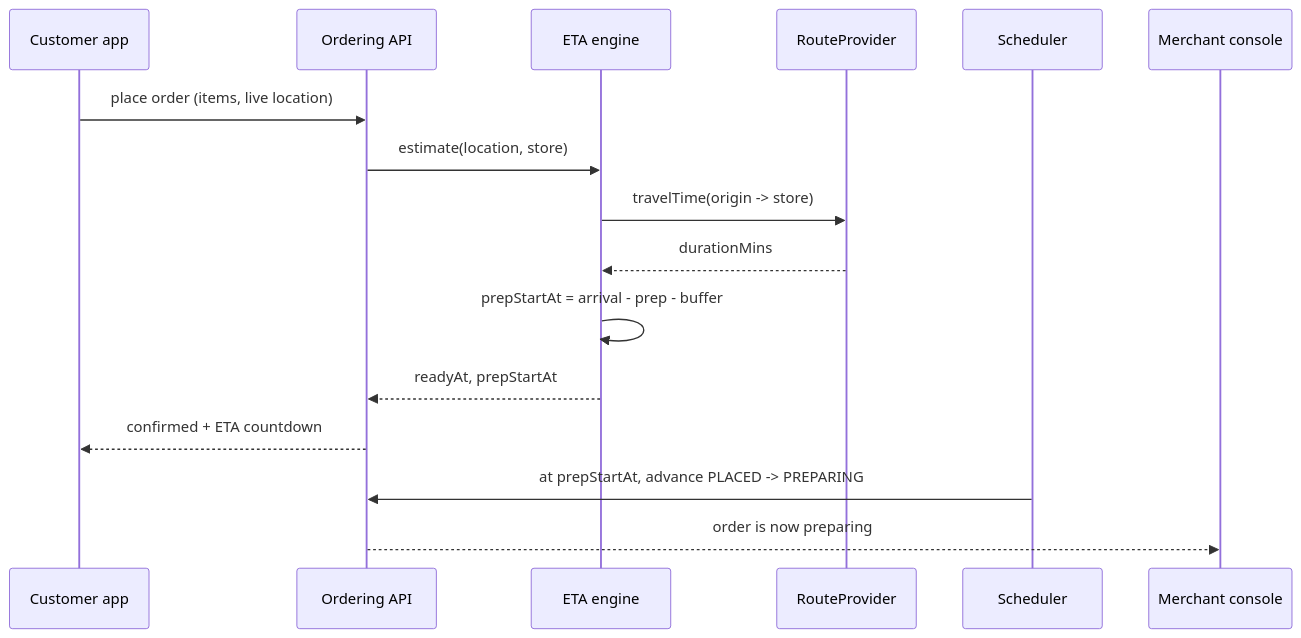
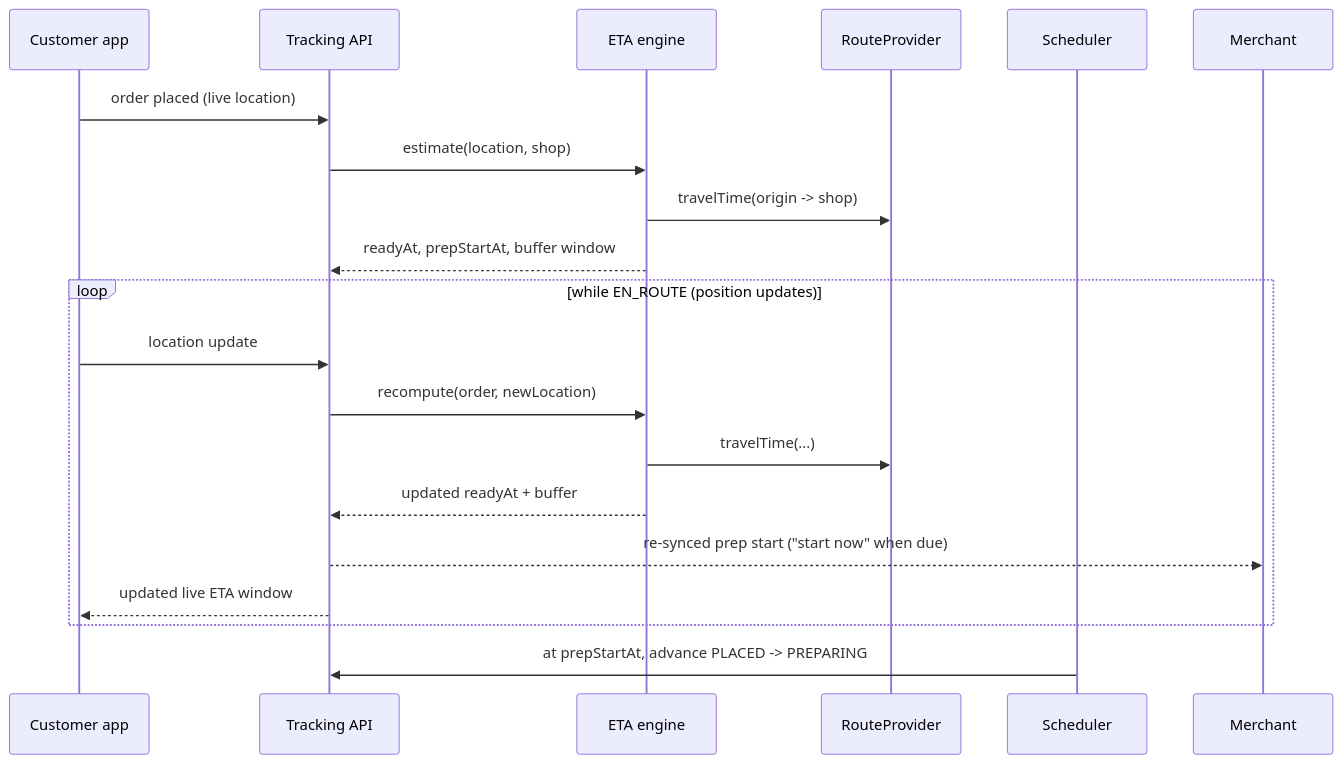
Before and after one commit to ManoharEldhandi/OnTheWay: the sixth of 10 diagrams in ARCHITECTURE.md, drawn with Mermaid. The commit also changed other lines of this file and 1 other file, not shown here.

First line of the commit message:
docs: re-plan as role-separated product (architecture v2 + new to-do)

````diff
--- a/ARCHITECTURE.md
+++ b/ARCHITECTURE.md
@@ -131,19 +200,23 @@
 ```mermaid
 sequenceDiagram
     participant C as Customer app
-    participant API as Ordering API
+    participant API as Tracking API
     participant ETA as ETA engine
     participant RP as RouteProvider
     participant SCH as Scheduler
-    participant M as Merchant console
+    participant M as Merchant
 
-    C->>API: place order (items, live location)
-    API->>ETA: estimate(location, store)
-    ETA->>RP: travelTime(origin -> store)
-    RP-->>ETA: durationMins
-    ETA->>ETA: prepStartAt = arrival - prep - buffer
-    ETA-->>API: readyAt, prepStartAt
-    API-->>C: confirmed + ETA countdown
+    C->>API: order placed (live location)
+    API->>ETA: estimate(location, shop)
+    ETA->>RP: travelTime(origin -> shop)
+    ETA-->>API: readyAt, prepStartAt, buffer window
+    loop while EN_ROUTE (position updates)
+      C->>API: location update
+      API->>ETA: recompute(order, newLocation)
+      ETA->>RP: travelTime(...)
+      ETA-->>API: updated readyAt + buffer
+      API-->>M: re-synced prep start ("start now" when due)
+      API-->>C: updated live ETA window
+    end
     SCH->>API: at prepStartAt, advance PLACED -> PREPARING
-    API-->>M: order is now preparing
 ```
````
